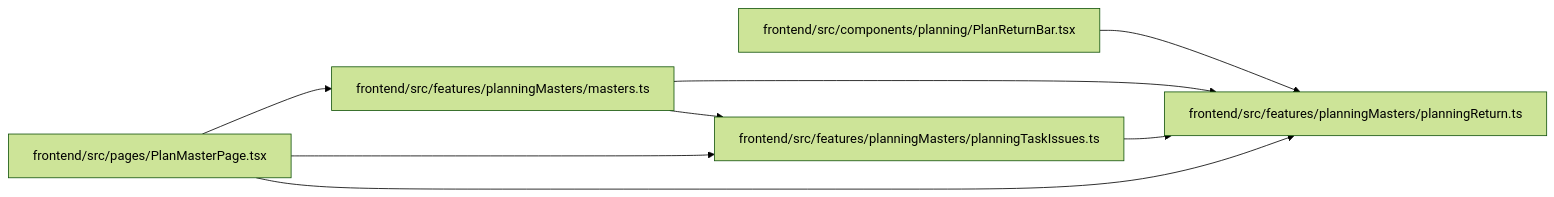
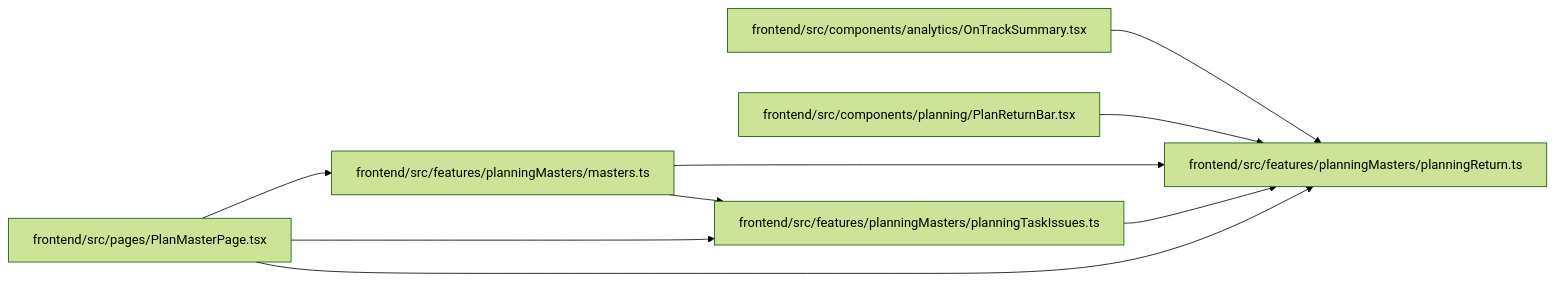
One commit to Denissvgn/WorkChord changed the diagram in docs/llm_wiki/modules/planningReturn.md. Above: the diagram before and after it, drawn with Mermaid (forest theme). The commit also changed other lines of this file and 392 other files, not shown here.

````diff
--- a/docs/llm_wiki/modules/planningReturn.md
+++ b/docs/llm_wiki/modules/planningReturn.md
@@ -21,20 +21,23 @@
 ```mermaid
 flowchart LR
-    n0["frontend/src/components/planning/PlanReturnBar.tsx"]
-    n1["frontend/src/features/planningMasters/masters.ts"]
-    n2["frontend/src/features/planningMasters/planningReturn.ts"]
-    n3["frontend/src/features/planningMasters/planningTaskIssues.ts"]
-    n4["frontend/src/pages/PlanMasterPage.tsx"]
-    n0 --> n2
-    n1 --> n2
+    n0["frontend/src/components/analytics/OnTrackSummary.tsx"]
+    n1["frontend/src/components/planning/PlanReturnBar.tsx"]
+    n2["frontend/src/features/planningMasters/masters.ts"]
+    n3["frontend/src/features/planningMasters/planningReturn.ts"]
+    n4["frontend/src/features/planningMasters/planningTaskIssues.ts"]
+    n5["frontend/src/pages/PlanMasterPage.tsx"]
+    n0 --> n3
     n1 --> n3
-    n3 --> n2
-    n4 --> n1
-    n4 --> n2
+    n2 --> n3
+    n2 --> n4
     n4 --> n3
-    click n0 "../modules/PlanReturnBar.md"
-    click n1 "../modules/planningMasters_masters.md"
-    click n2 "../modules/planningReturn.md"
-    click n3 "../modules/planningTaskIssues.md"
-    click n4 "../modules/PlanMasterPage.md"
+    n5 --> n2
+    n5 --> n3
+    n5 --> n4
+    click n0 "../modules/OnTrackSummary.md"
+    click n1 "../modules/PlanReturnBar.md"
+    click n2 "../modules/planningMasters_masters.md"
+    click n3 "../modules/planningReturn.md"
+    click n4 "../modules/planningTaskIssues.md"
+    click n5 "../modules/PlanMasterPage.md"
 ```
````
